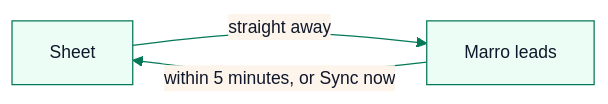
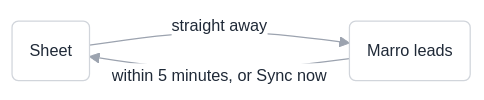
The diagram in guides/integrations.mdx (BharathVasireddy/marro-docs), drawn with Mermaid before and after one commit. The commit also changed other lines of this file and 95 other files, not shown here.

First line of the commit message:
One guide per settings screen, in the Settings menu's order, with diagrams only where they are needed

````diff
--- a/guides/integrations.mdx
+++ b/guides/integrations.mdx
@@ -86,6 +86,6 @@
 ```mermaid
-%%{init: {'theme':'base','themeVariables':{'primaryColor':'#ecfdf5','primaryBorderColor':'#047857','primaryTextColor':'#0f172a','lineColor':'#047857','fontSize':'14px'}}}%%
+%%{init: {'theme':'base','flowchart':{'curve':'basis','padding':14,'nodeSpacing':28,'rankSpacing':36},'themeVariables':{'primaryColor':'#ffffff','primaryBorderColor':'#d1d5db','primaryTextColor':'#1f2937','lineColor':'#9ca3af','fontFamily':'Inter, ui-sans-serif, sans-serif','fontSize':'13px','edgeLabelBackground':'#ffffff'}}}%%
 flowchart LR
-  A[Sheet] -- "straight away" --> B[Marro leads]
+  A(Sheet) -- "straight away" --> B(Marro leads)
   B -- "within 5 minutes, or Sync now" --> A
 ```
````
